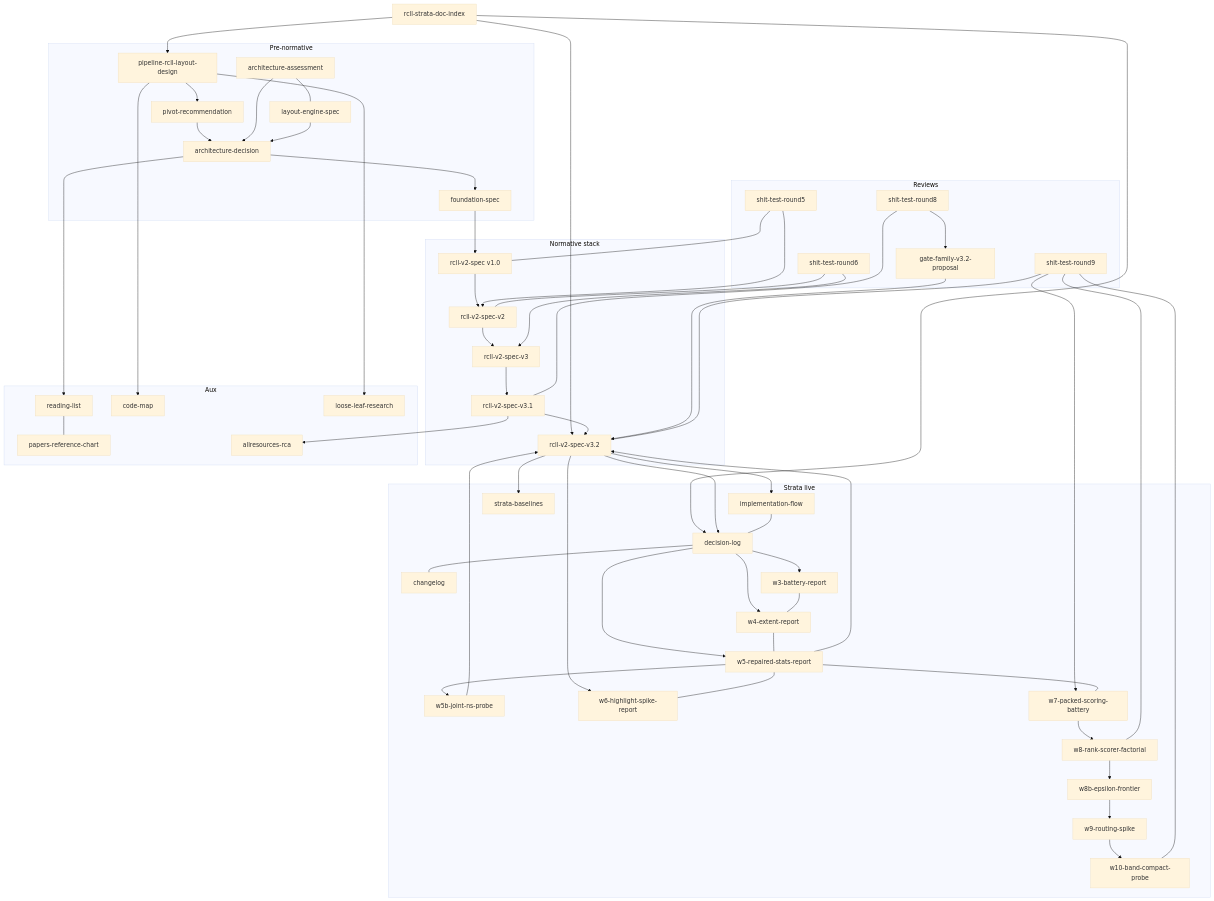
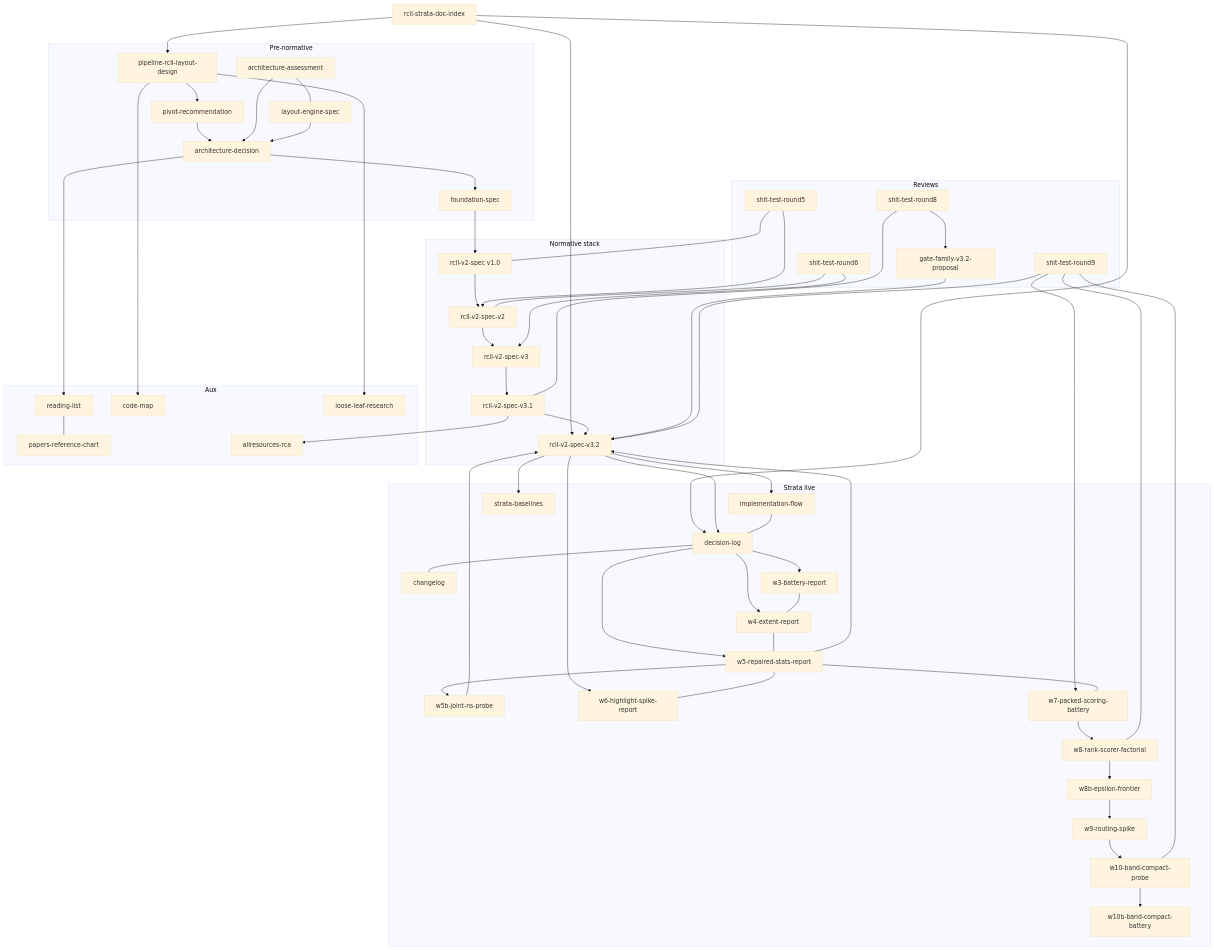
One commit to TusharSariya/excalidraw-tf changed the diagram in docs/rcll-strata-doc-index.md. Above: the diagram before and after it, drawn with Mermaid (base theme). The commit also changed other lines of this file and 3 other files, not shown here.

```diff
--- a/docs/rcll-strata-doc-index.md
+++ b/docs/rcll-strata-doc-index.md
@@ -139,6 +140,7 @@
     W8b[w8b-epsilon-frontier]
     W9[w9-routing-spike]
     W10[w10-band-compact-probe]
+    W10b[w10b-band-compact-battery]
     Base[strata-baselines]
   end
 
@@ -194,6 +196,7 @@
   W8b --> W9
   W9 --> W10
   R9 --- W10
+  W10 --> W10b
   W3 --- W4
   W4 --- W5
   V32 --> Base
```
